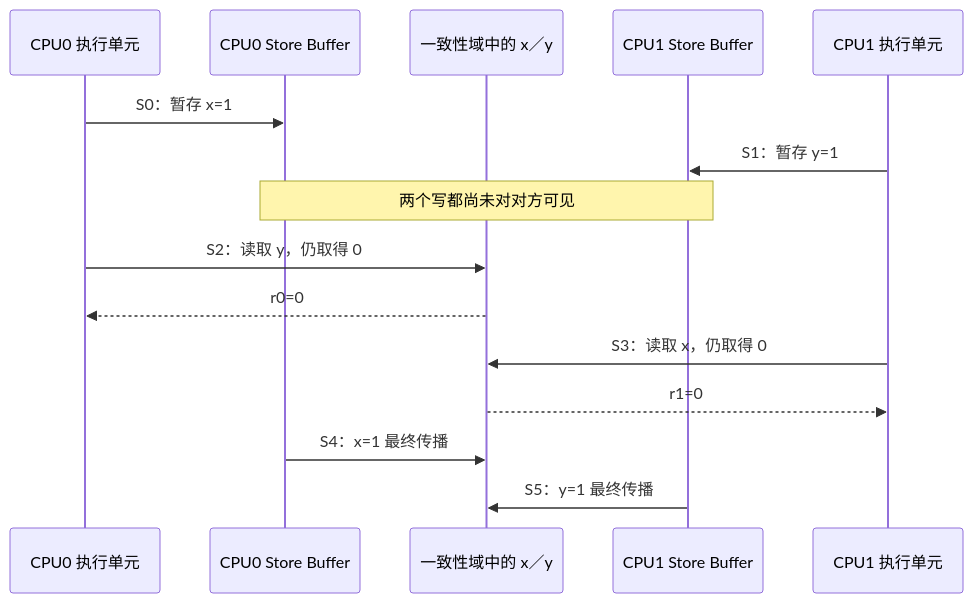
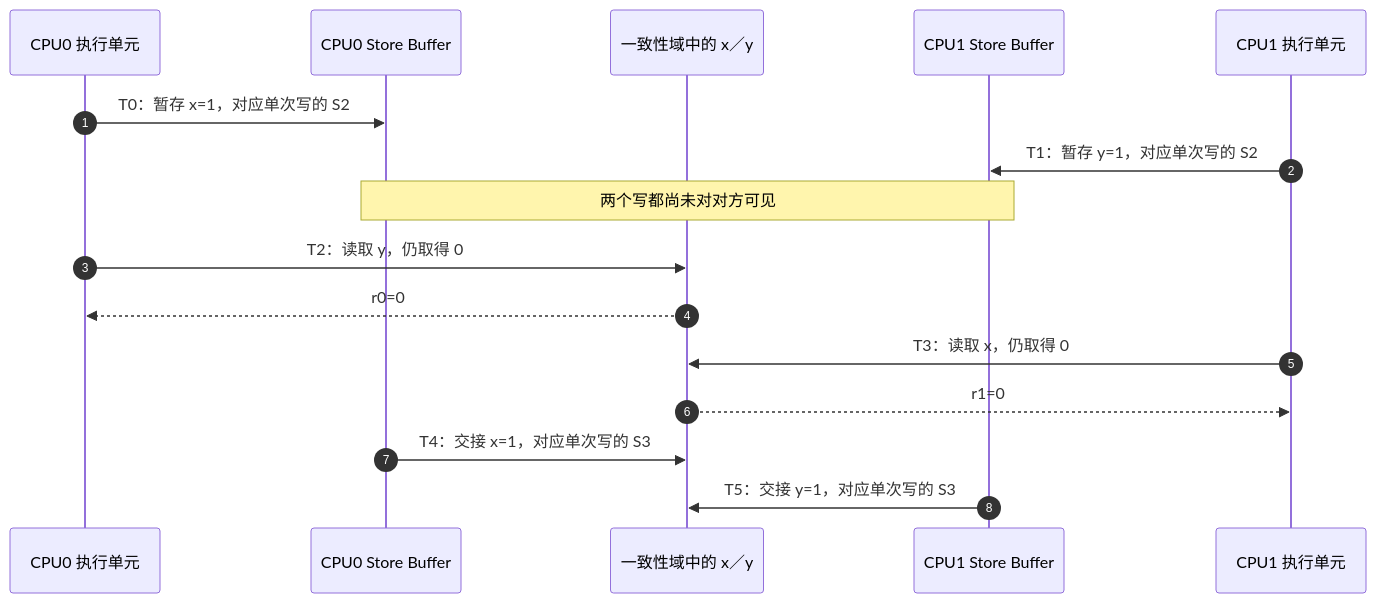
Before and after one commit to FormingSystem/linux_note: the second of 2 diagrams in knowledge/foundations/computer_architecture/memory_ordering/P03_乱序执行_Store_Buffer与观察时机.md, drawn with Mermaid. The commit also changed other lines of this file and 9 other files, not shown here.

First line of the commit message:
content(architecture/memory): 完善内存顺序推导与编译证据边界

````diff
--- a/knowledge/foundations/computer_architecture/memory_ordering/P03_乱序执行_Store_Buffer与观察时机.md
+++ b/knowledge/foundations/computer_architecture/memory_ordering/P03_乱序执行_Store_Buffer与观察时机.md
@@ -87,17 +91,18 @@
 ```mermaid
 sequenceDiagram
+    autonumber
     participant C0 as CPU0 执行单元
     participant B0 as CPU0 Store Buffer
     participant M as 一致性域中的 x／y
     participant B1 as CPU1 Store Buffer
     participant C1 as CPU1 执行单元
-    C0->>B0: S0：暂存 x=1
-    C1->>B1: S1：暂存 y=1
+    C0->>B0: T0：暂存 x=1，对应单次写的 S2
+    C1->>B1: T1：暂存 y=1，对应单次写的 S2
     Note over B0,B1: 两个写都尚未对对方可见
-    C0->>M: S2：读取 y，仍取得 0
+    C0->>M: T2：读取 y，仍取得 0
     M-->>C0: r0=0
-    C1->>M: S3：读取 x，仍取得 0
+    C1->>M: T3：读取 x，仍取得 0
     M-->>C1: r1=0
-    B0->>M: S4：x=1 最终传播
-    B1->>M: S5：y=1 最终传播
+    B0->>M: T4：交接 x=1，对应单次写的 S3
+    B1->>M: T5：交接 y=1，对应单次写的 S3
 ```
````
